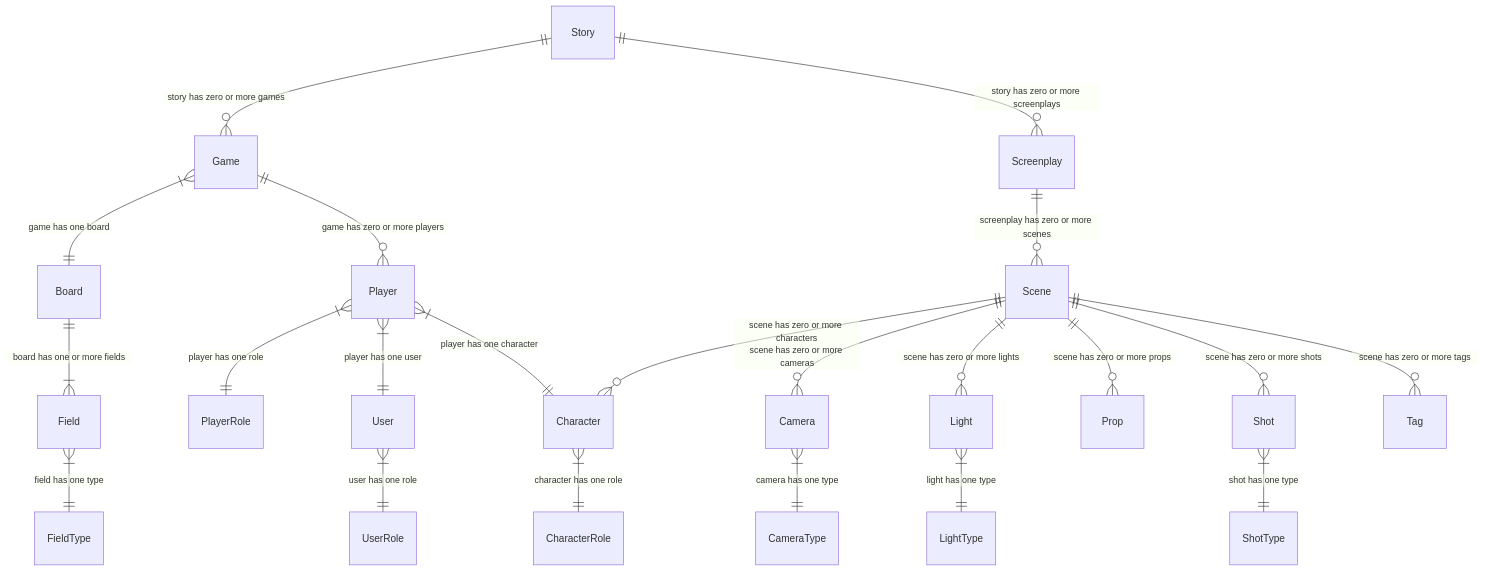
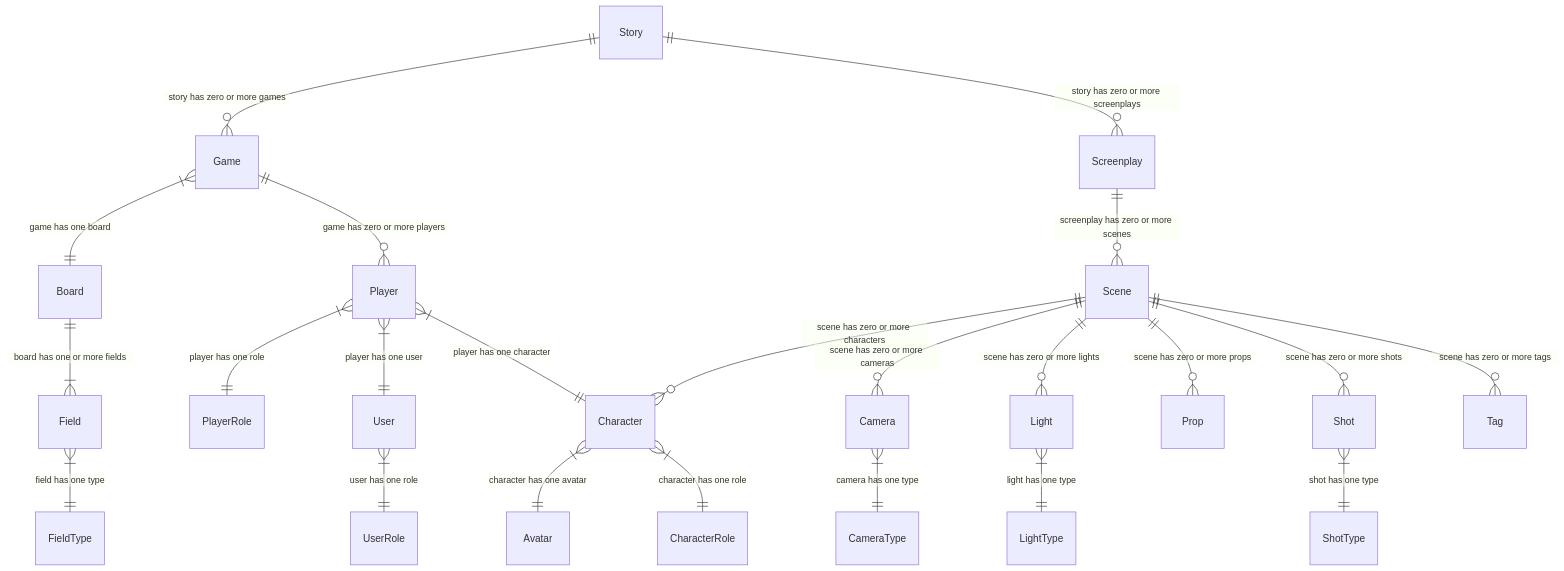
One commit to vanHeemstraSystems/flask-babylonjs changed the diagram in 300/900/README.md. Above: the diagram before and after it, drawn with Mermaid.

Commit message:
Add Avatar Character relationship in ERD

````diff
--- a/300/900/README.md
+++ b/300/900/README.md
@@ -3,24 +3,25 @@
 ``` mermaid
 erDiagram
     Story ||--o{ Game : "story has zero or more games"
     Game }|--|| Board : "game has one board"
     Board ||--|{ Field : "board has one or more fields"
     Camera }|--|| CameraType : "camera has one type"
+    Character }|--|| Avatar : "character has one avatar"
     Character }|--|| CharacterRole : "character has one role"
     Field }|--|| FieldType : "field has one type"
     Game ||--o{ Player : "game has zero or more players"
     Light }|--|| LightType : "light has one type"
     Player }|--|| PlayerRole : "player has one role"
     Player }|--|| User : "player has one user"  
     Player }|--|| Character : "player has one character"  
     Story ||--o{ Screenplay : "story has zero or more screenplays"
     Screenplay ||--o{ Scene : "screenplay has zero or more scenes"
     Scene ||--o{ Character : "scene has zero or more characters"
     Scene ||--o{ Camera : "scene has zero or more cameras"
     Scene ||--o{ Light : "scene has zero or more lights"
     Scene ||--o{ Prop : "scene has zero or more props"
     Scene ||--o{ Shot : "scene has zero or more shots"
     Shot }|--|| ShotType : "shot has one type"
     Scene ||--o{ Tag : "scene has zero or more tags"
     User }|--|| UserRole : "user has one role"
 ```
````
